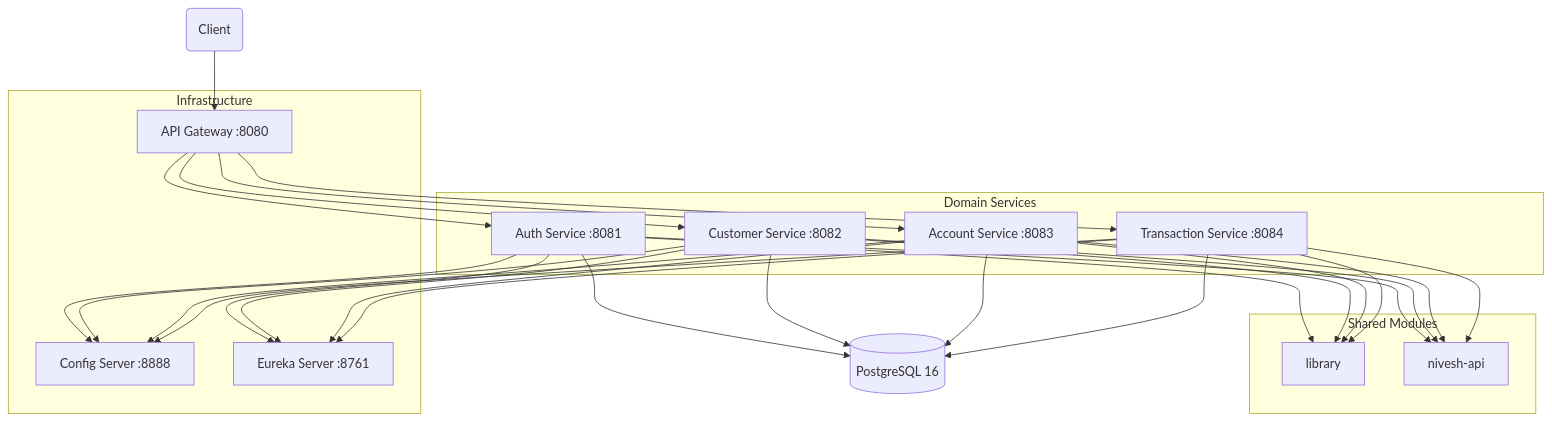
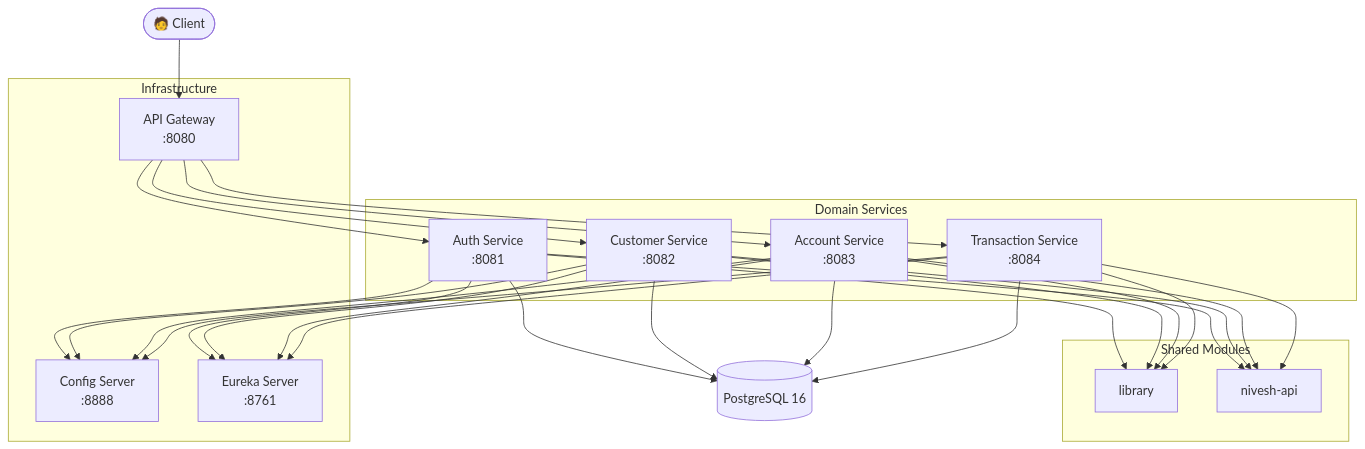
One commit to Roshan1206/Nivesh changed the diagram in README.md. Above: the diagram before and after it, drawn with Mermaid.

Commit message:
Revise architecture diagram in README
Updated the architecture diagram in the README to improve clarity and formatting.

````diff
--- a/README.md
+++ b/README.md
@@ -23,50 +23,44 @@
 ```mermaid
 graph TD
-  Client(Client)
-
-  subgraph INF[Infrastructure]
-    GW[API Gateway :8080]
-    CFG[Config Server :8888]
-    EUR[Eureka Server :8761]
-  end
-
-  subgraph DOM[Domain Services]
-    AUTH[Auth Service :8081]
-    CUST[Customer Service :8082]
-    ACC[Account Service :8083]
-    TXN[Transaction Service :8084]
-  end
-
-  subgraph SHR[Shared Modules]
-    LIB[library]
-    API[nivesh-api]
-  end
-
-  DB[(PostgreSQL 16)]
-
-  Client --> GW
-  GW --> AUTH
-  GW --> CUST
-  GW --> ACC
-  GW --> TXN
-  AUTH --> CFG
-  CUST --> CFG
-  ACC --> CFG
-  TXN --> CFG
-  AUTH --> EUR
-  CUST --> EUR
-  ACC --> EUR
-  TXN --> EUR
-  AUTH --> DB
-  CUST --> DB
-  ACC --> DB
-  TXN --> DB
-  AUTH --> LIB
-  CUST --> LIB
-  ACC --> LIB
-  TXN --> LIB
-  AUTH --> API
-  CUST --> API
-  ACC --> API
-  TXN --> API
+    Client(["🧑 Client"])
+ 
+    subgraph INF["Infrastructure"]
+        GW["API Gateway\n:8080"]
+        CFG["Config Server\n:8888"]
+        EUR["Eureka Server\n:8761"]
+    end
+ 
+    subgraph DOM["Domain Services"]
+        AUTH["Auth Service\n:8081"]
+        CUST["Customer Service\n:8082"]
+        ACC["Account Service\n:8083"]
+        TXN["Transaction Service\n:8084"]
+    end
+ 
+    subgraph SHR["Shared Modules"]
+        LIB["library"]
+        API["nivesh-api"]
+    end
+ 
+    DB[("PostgreSQL 16")]
+ 
+    %% Client → Gateway
+    Client --> GW
+ 
+    %% Gateway → Domain Services
+    GW --> AUTH
+    GW --> CUST
+    GW --> ACC
+    GW --> TXN
+ 
+    %% Domain Services → Infrastructure
+    AUTH & CUST & ACC & TXN --> CFG
+    AUTH & CUST & ACC & TXN --> EUR
+ 
+    %% Domain Services → Database
+    AUTH & CUST & ACC & TXN --> DB
+ 
+    %% Domain Services → Shared Modules
+    AUTH & CUST & ACC & TXN --> LIB
+    AUTH & CUST & ACC & TXN --> API
 ```
````
